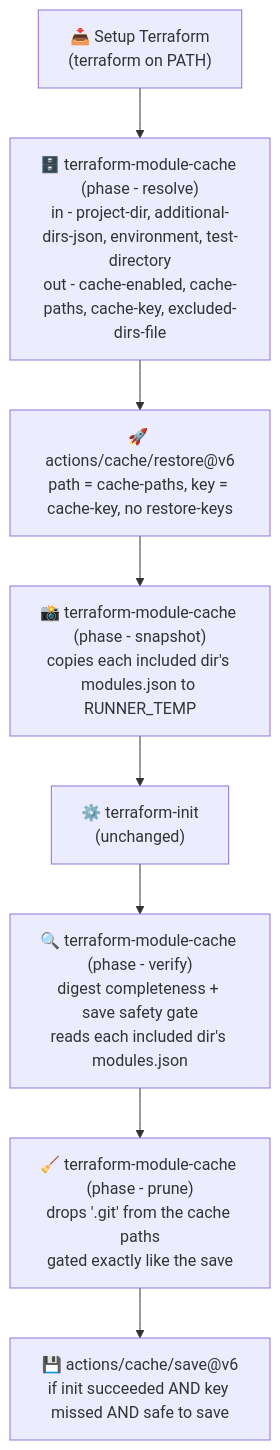
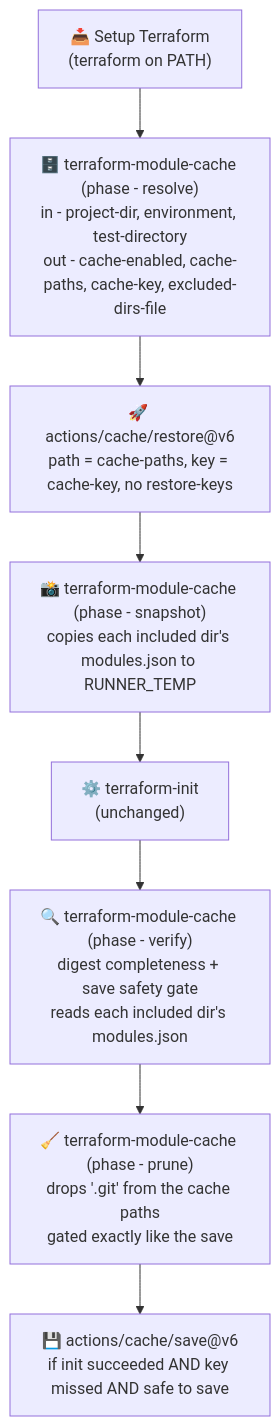
The diagram in docs/Terraform-module-cache.md (dsb-norge/github-actions-terraform), drawn with Mermaid before and after one commit. The commit also changed other lines of this file and 70 other files, not shown here.

````diff
--- a/docs/Terraform-module-cache.md
+++ b/docs/Terraform-module-cache.md
@@ -215,13 +216,13 @@
 ```mermaid
 flowchart TD
     setup["📥 Setup Terraform<br>(terraform on PATH)"]
-    resolve["🗄️ terraform-module-cache (phase - resolve)<br>in - project-dir, additional-dirs-json, environment, test-directory<br>out - cache-enabled, cache-paths, cache-key, excluded-dirs-file"]
+    resolve["🗄️ terraform-module-cache (phase - resolve)<br>in - project-dir, environment, test-directory<br>out - cache-enabled, cache-paths, cache-key, excluded-dirs-file"]
     restore["🚀 actions/cache/restore@v6<br>path = cache-paths, key = cache-key, no restore-keys"]
     snap["📸 terraform-module-cache (phase - snapshot)<br>copies each included dir's modules.json to RUNNER_TEMP"]
     init["⚙️ terraform-init<br>(unchanged)"]
     verify["🔍 terraform-module-cache (phase - verify)<br>digest completeness + save safety gate<br>reads each included dir's modules.json"]
     prune["🧹 terraform-module-cache (phase - prune)<br>drops '.git' from the cache paths<br>gated exactly like the save"]
     save["💾 actions/cache/save@v6<br>if init succeeded AND key missed AND safe to save"]
 
     setup --> resolve --> restore --> snap --> init --> verify --> prune --> save
 ```
````
